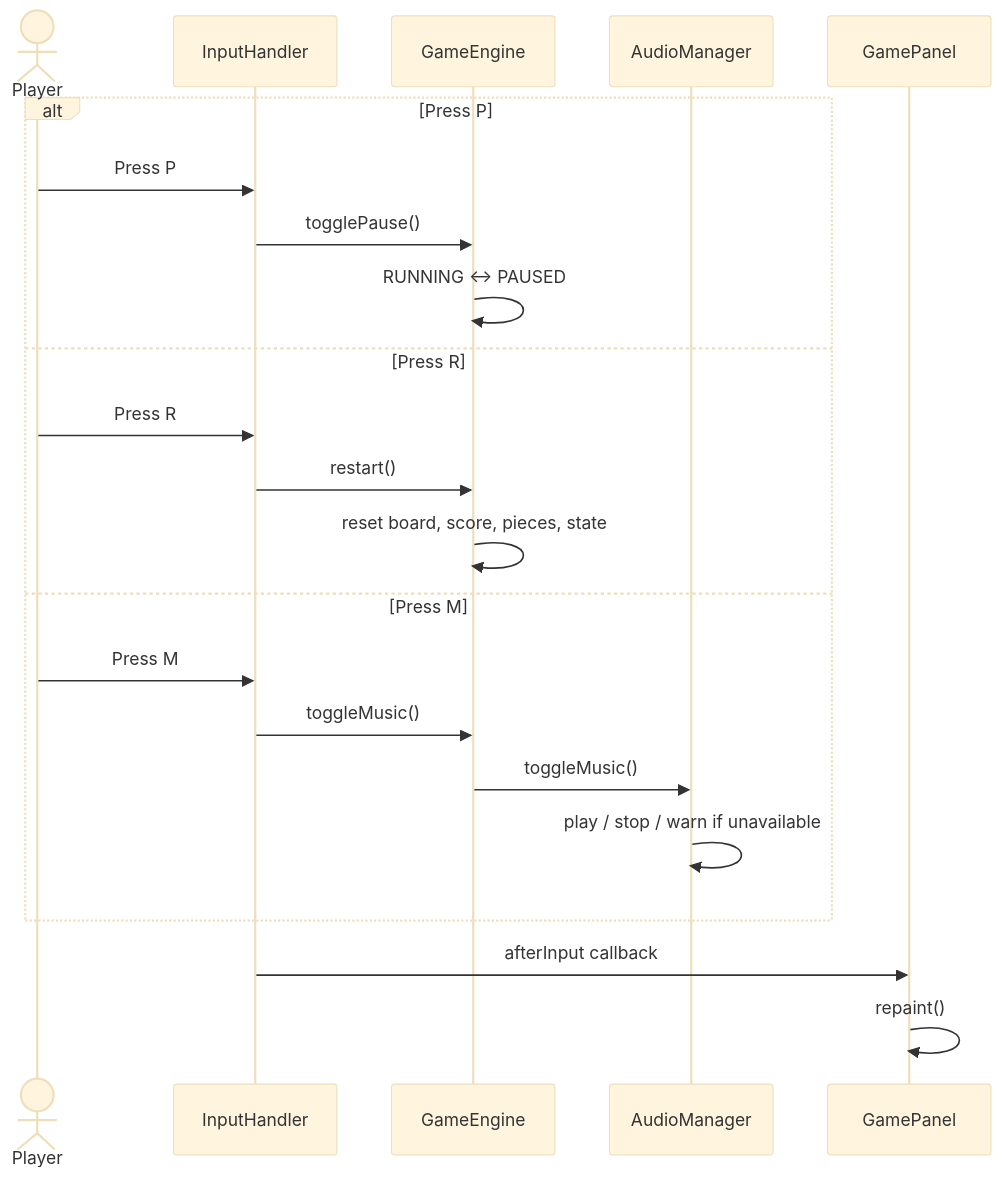
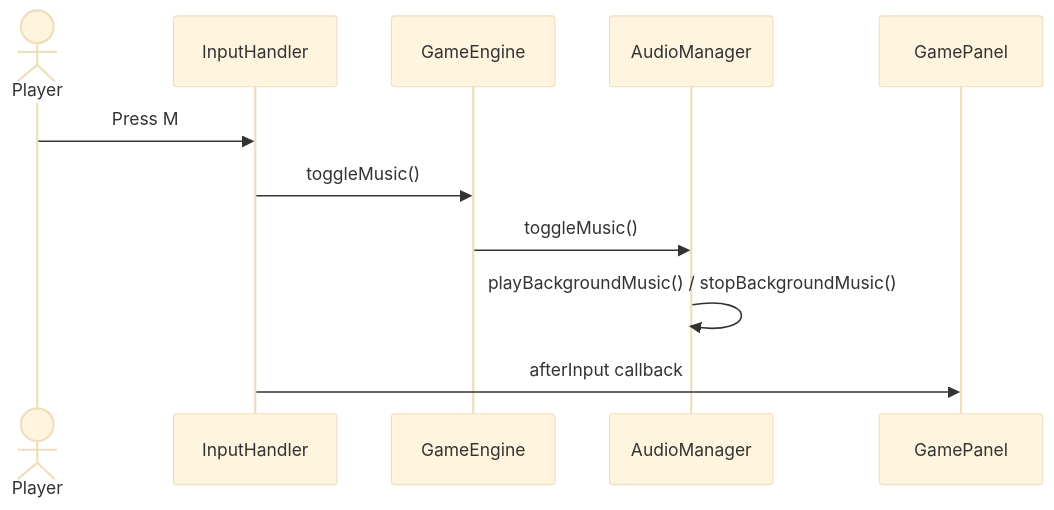
Before and after one commit to sheng-luen-chung/java-swing-tetris: the tenth of 11 diagrams in docs/uml-class-design.md, drawn with Mermaid (base theme). The commit also changed other lines of this file, not shown here.

Commit message:
重構 UML scenario 文件

````diff
--- a/docs/uml-class-design.md
+++ b/docs/uml-class-design.md
@@ -316,26 +467,14 @@
 ```mermaid
 sequenceDiagram
     actor Player
     participant InputHandler
     participant GameEngine
     participant AudioManager
     participant GamePanel
 
-    alt Press P
-        Player->>InputHandler: Press P
-        InputHandler->>GameEngine: togglePause()
-        GameEngine->>GameEngine: RUNNING <-> PAUSED
-    else Press R
-        Player->>InputHandler: Press R
-        InputHandler->>GameEngine: restart()
-        GameEngine->>GameEngine: reset board, score, pieces, state
-    else Press M
-        Player->>InputHandler: Press M
-        InputHandler->>GameEngine: toggleMusic()
-        GameEngine->>AudioManager: toggleMusic()
-        AudioManager->>AudioManager: play / stop / warn if unavailable
-    end
-
+    Player->>InputHandler: Press M
+    InputHandler->>GameEngine: toggleMusic()
+    GameEngine->>AudioManager: toggleMusic()
+    AudioManager->>AudioManager: playBackgroundMusic() / stopBackgroundMusic()
     InputHandler->>GamePanel: afterInput callback
-    GamePanel->>GamePanel: repaint()
 ```
````
